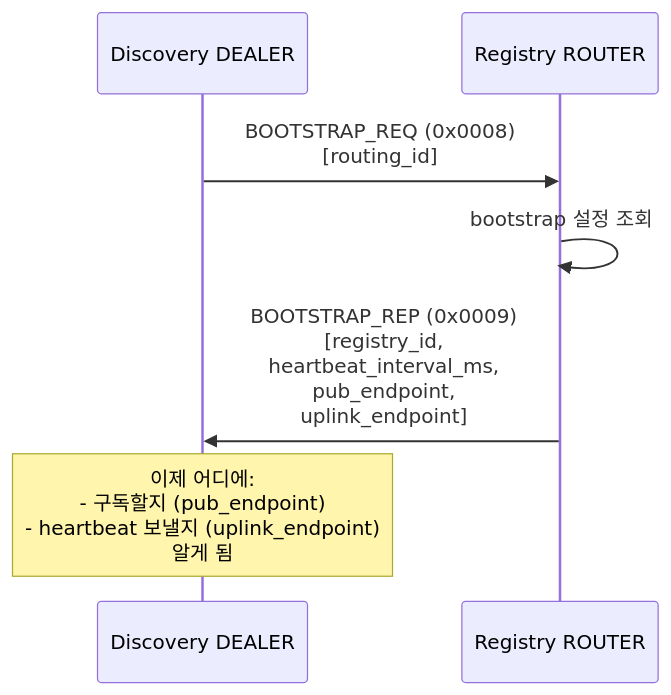
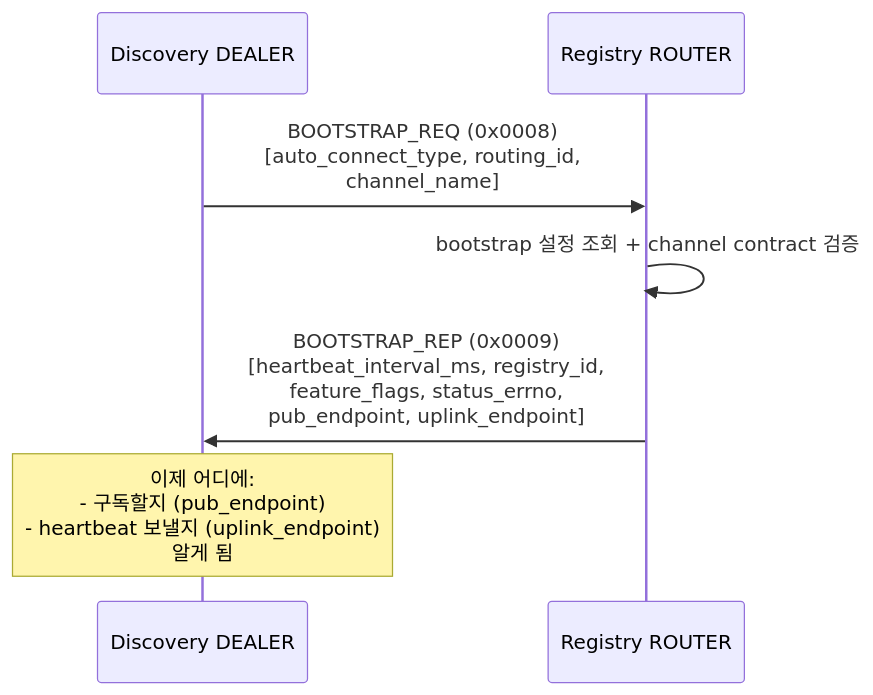
Before and after one commit to kairos-code-dev/zlink: the tenth of 10 diagrams in core/doc/internals/registry-internals.ko.md, drawn with Mermaid. The commit also changed other lines of this file, not shown here.

First line of the commit message:
docs(core): registry-internals.ko.md codex 리뷰 반영 — 데이터 구조/프레임/control task 정정

````diff
--- a/core/doc/internals/registry-internals.ko.md
+++ b/core/doc/internals/registry-internals.ko.md
@@ -328,11 +329,11 @@
 ```mermaid
 sequenceDiagram
     participant Disc as Discovery DEALER
     participant Router as Registry ROUTER
 
-    Disc->>Router: BOOTSTRAP_REQ (0x0008)<br/>[routing_id]
-    Router->>Router: bootstrap 설정 조회
-    Router->>Disc: BOOTSTRAP_REP (0x0009)<br/>[registry_id,<br/>heartbeat_interval_ms,<br/>pub_endpoint,<br/>uplink_endpoint]
+    Disc->>Router: BOOTSTRAP_REQ (0x0008)<br/>[auto_connect_type, routing_id,<br/>channel_name]
+    Router->>Router: bootstrap 설정 조회 + channel contract 검증
+    Router->>Disc: BOOTSTRAP_REP (0x0009)<br/>[heartbeat_interval_ms, registry_id,<br/>feature_flags, status_errno,<br/>pub_endpoint, uplink_endpoint]
 
     Note over Disc: 이제 어디에:<br/>- 구독할지 (pub_endpoint)<br/>- heartbeat 보낼지 (uplink_endpoint)<br/>알게 됨
 ```
````
